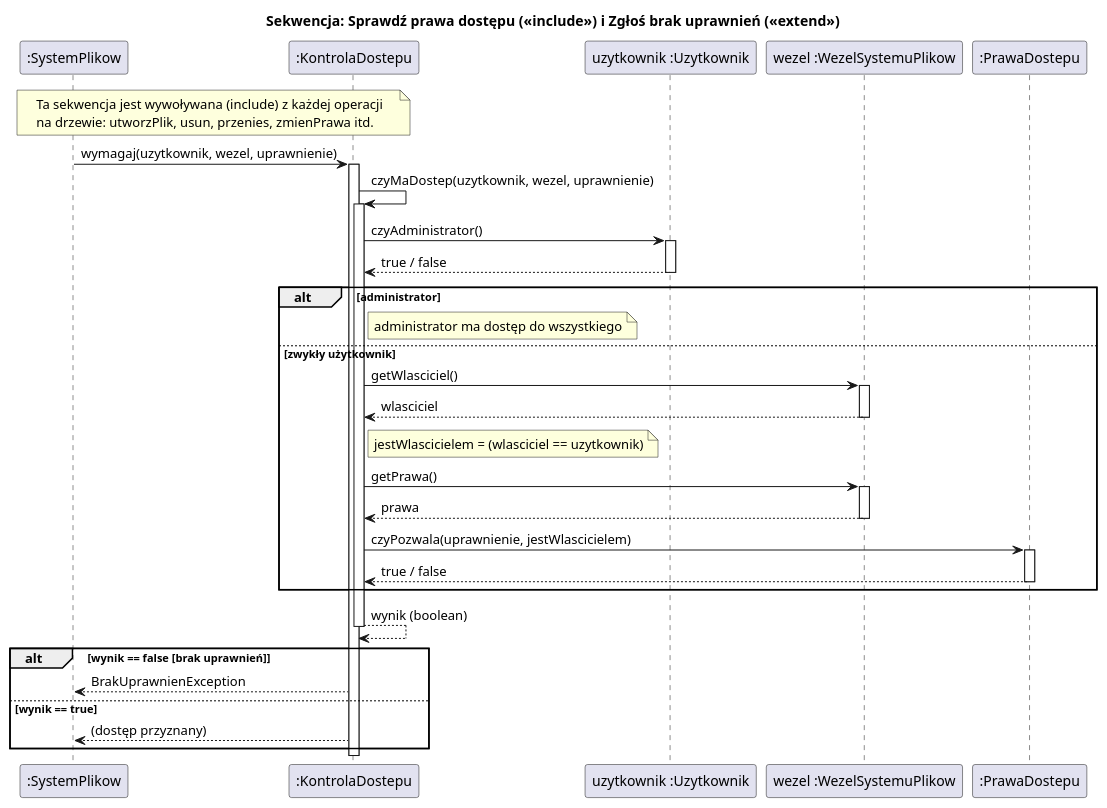
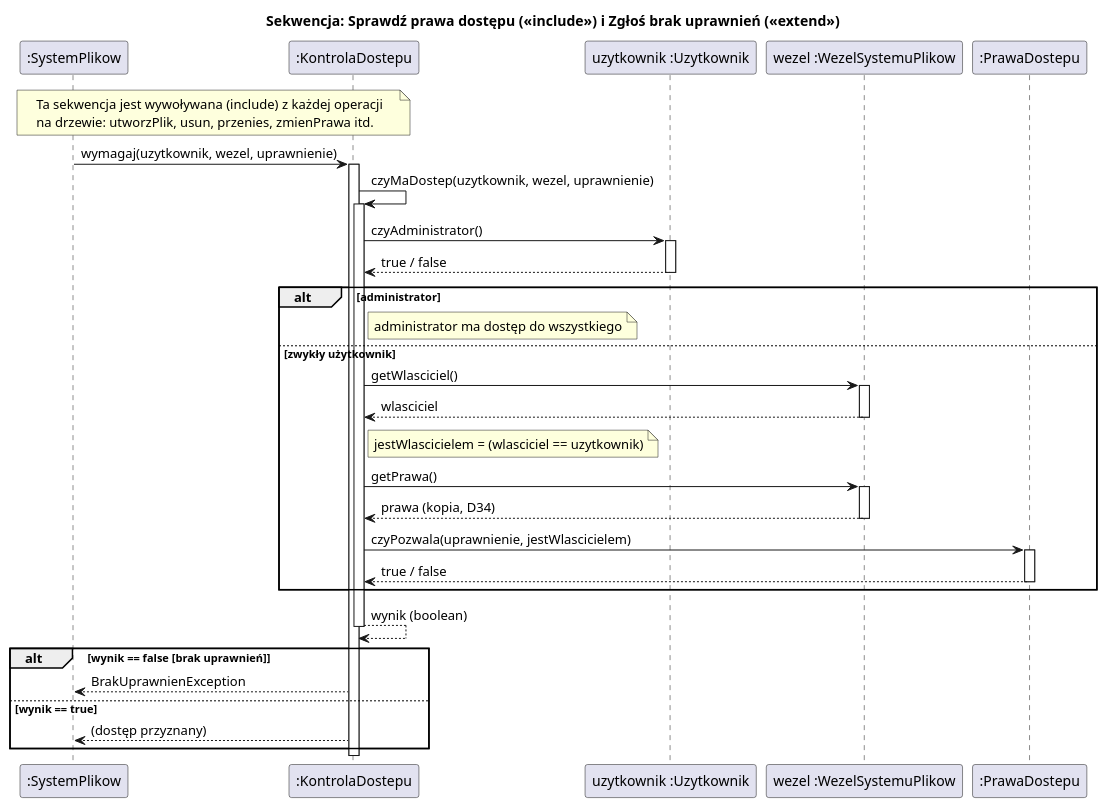
Before and after one commit to AGH-IT/po2026: the diagram in projekt/uml/02-sekwencja-sprawdz-prawa-dostepu.puml, drawn with PlantUML. The commit also changed 5 other files, not shown here.

Commit message:
UML i DECYZJE: prawa węzła są kopiowane

```diff
--- a/projekt/uml/02-sekwencja-sprawdz-prawa-dostepu.puml
+++ b/projekt/uml/02-sekwencja-sprawdz-prawa-dostepu.puml
@@ -1,51 +1,51 @@
 @startuml
 title Sekwencja: Sprawdź prawa dostępu («include») i Zgłoś brak uprawnień («extend»)
 
 participant ":SystemPlikow" as SP
 participant ":KontrolaDostepu" as KD
 participant "uzytkownik :Uzytkownik" as UZ
 participant "wezel :WezelSystemuPlikow" as W
 participant ":PrawaDostepu" as PD
 
 note over SP, KD
   Ta sekwencja jest wywoływana (include) z każdej operacji
   na drzewie: utworzPlik, usun, przenies, zmienPrawa itd.
 end note
 
 SP -> KD : wymagaj(uzytkownik, wezel, uprawnienie)
 activate KD
 KD -> KD : czyMaDostep(uzytkownik, wezel, uprawnienie)
 activate KD
 KD -> UZ : czyAdministrator()
 activate UZ
 UZ --> KD : true / false
 deactivate UZ
 
 alt administrator
   note right of KD : administrator ma dostęp do wszystkiego
 else zwykły użytkownik
   KD -> W : getWlasciciel()
   activate W
   W --> KD : wlasciciel
   deactivate W
   note right of KD : jestWlascicielem = (wlasciciel == uzytkownik)
   KD -> W : getPrawa()
   activate W
-  W --> KD : prawa
+  W --> KD : prawa (kopia, D34)
   deactivate W
   KD -> PD : czyPozwala(uprawnienie, jestWlascicielem)
   activate PD
   PD --> KD : true / false
   deactivate PD
 end
 KD --> KD : wynik (boolean)
 deactivate KD
 
 alt wynik == false [brak uprawnień]
   KD --> SP : BrakUprawnienException
 else wynik == true
   KD --> SP : (dostęp przyznany)
 end
 deactivate KD
 
 @enduml
```
